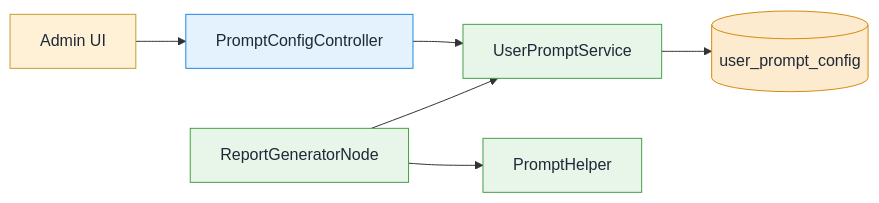
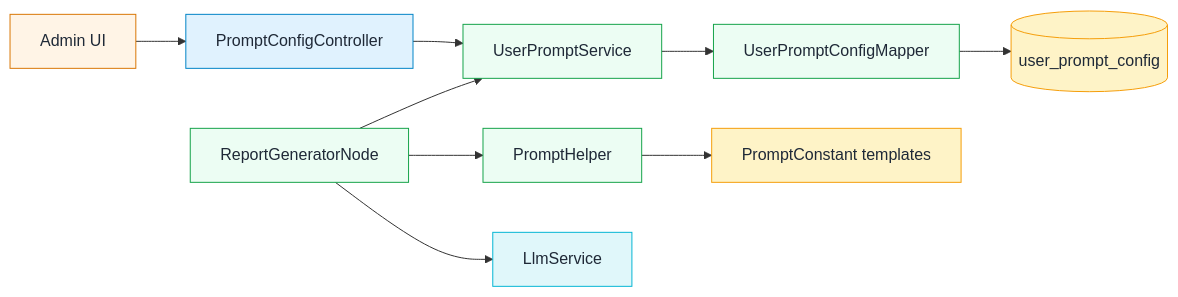
The fifth of 18 diagrams in README.md (spring-ai-alibaba/DataAgent), drawn with Mermaid before and after one commit. The commit also changed other lines of this file, not shown here.

Commit message:
refactor: enhance README with updated architecture diagrams, improved class definitions, and refined workflow processes for clarity

````diff
--- a/README.md
+++ b/README.md
@@ -197,18 +272,24 @@
 ```mermaid
 flowchart LR
   UI[Admin UI] --> PromptAPI[PromptConfigController]
   PromptAPI --> PromptSvc[UserPromptService]
-  PromptSvc --> PromptDB[(user_prompt_config)]
+  PromptSvc --> PromptMapper[UserPromptConfigMapper]
+  PromptMapper --> PromptDB[(user_prompt_config)]
   Report[ReportGeneratorNode] --> PromptSvc
   Report --> PromptHelper
+  PromptHelper --> Templates[PromptConstant templates]
+  Report --> LlmSvc[LlmService]
 
-  classDef client fill:#FFF1D6,stroke:#C79D2B,stroke-width:1px,color:#1F2937;
-  classDef api fill:#E3F2FD,stroke:#1E88E5,stroke-width:1px,color:#1F2937;
-  classDef service fill:#E8F5E9,stroke:#43A047,stroke-width:1px,color:#1F2937;
-  classDef data fill:#FDEBD0,stroke:#D68910,stroke-width:1px,color:#1F2937;
+  classDef client fill:#FFF4E6,stroke:#D97706,stroke-width:1px,color:#1F2937;
+  classDef api fill:#E0F2FE,stroke:#0284C7,stroke-width:1px,color:#1F2937;
+  classDef service fill:#ECFDF3,stroke:#16A34A,stroke-width:1px,color:#1F2937;
+  classDef data fill:#FEF3C7,stroke:#F59E0B,stroke-width:1px,color:#1F2937;
+  classDef llm fill:#E0F7FA,stroke:#06B6D4,stroke-width:1px,color:#1F2937;
 
   class UI client
   class PromptAPI api
-  class PromptSvc,Report,PromptHelper service
+  class PromptSvc,PromptMapper,Report,PromptHelper service
   class PromptDB data
+  class Templates data
+  class LlmSvc llm
 ```
````
